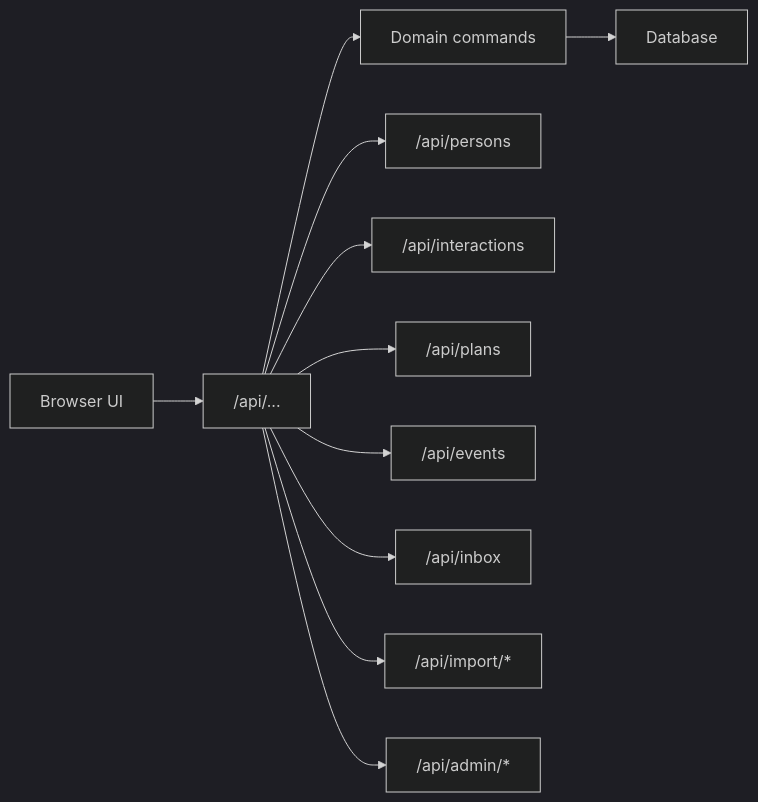
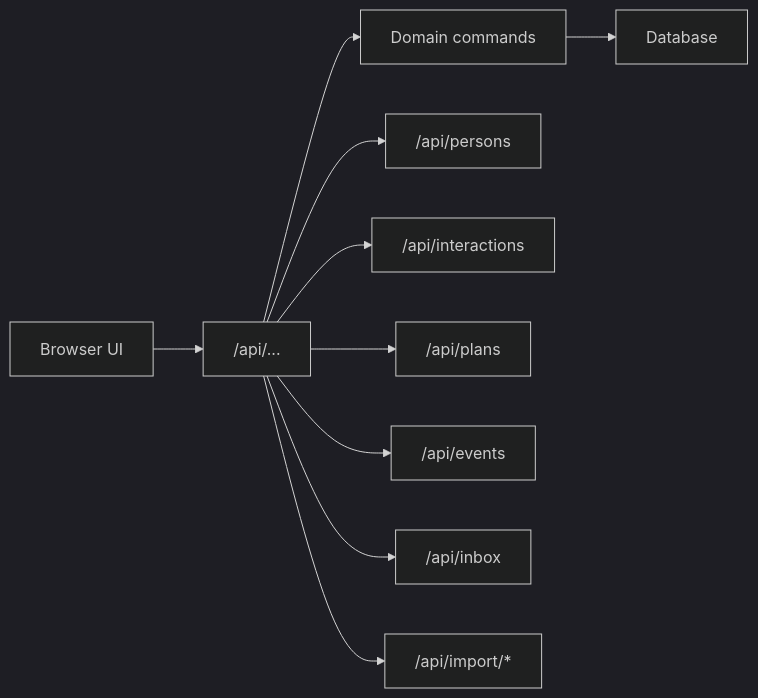
Before and after one commit to josephdfryer/life-os: diagram 14 of 22 in docs/PERSONS_ARCHITECTURE.md, drawn with Mermaid (dark theme). The commit also changed other lines of this file and 47 other files, not shown here.

````diff
--- a/docs/PERSONS_ARCHITECTURE.md
+++ b/docs/PERSONS_ARCHITECTURE.md
@@ -507,14 +507,13 @@
 ```mermaid
 flowchart LR
   Browser["Browser UI"] --> AppAPI["/api/..."]
   AppAPI --> Domain["Domain commands"]
   Domain --> DB["Database"]
 
   AppAPI --> PeopleAPI["/api/persons"]
   AppAPI --> InteractionsAPI["/api/interactions"]
   AppAPI --> PlansAPI["/api/plans"]
   AppAPI --> EventsAPI["/api/events"]
   AppAPI --> InboxAPI["/api/inbox"]
   AppAPI --> ImportAPI["/api/import/*"]
-  AppAPI --> AdminAPI["/api/admin/*"]
 ```
````
